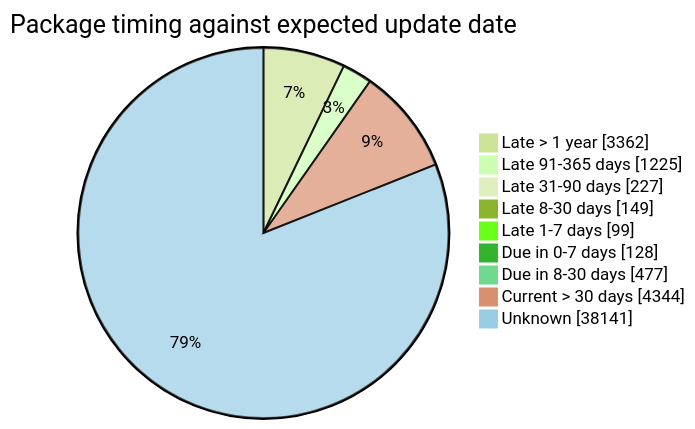
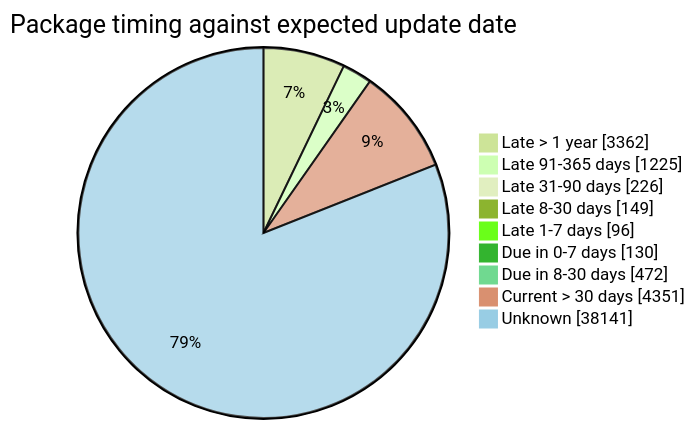
Before and after one commit to open-data/analytics-corporate-reporting: the fourth of 5 diagrams in FreshCheck/README.md, drawn with Mermaid (forest theme). The commit also changed other lines of this file and 3 other files, not shown here.

````diff
--- a/FreshCheck/README.md
+++ b/FreshCheck/README.md
@@ -86,12 +86,12 @@
 ```mermaid
 pie showData title Package timing against expected update date
     "Late > 1 year": 3362
     "Late 91-365 days": 1225
-    "Late 31-90 days": 227
+    "Late 31-90 days": 226
     "Late 8-30 days": 149
-    "Late 1-7 days": 99
-    "Due in 0-7 days": 128
-    "Due in 8-30 days": 477
-    "Current > 30 days": 4344
+    "Late 1-7 days": 96
+    "Due in 0-7 days": 130
+    "Due in 8-30 days": 472
+    "Current > 30 days": 4351
     "Unknown": 38141
 ```
````
